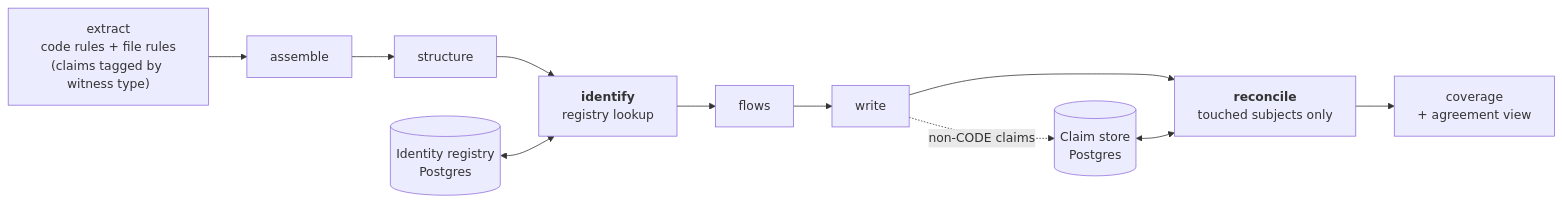
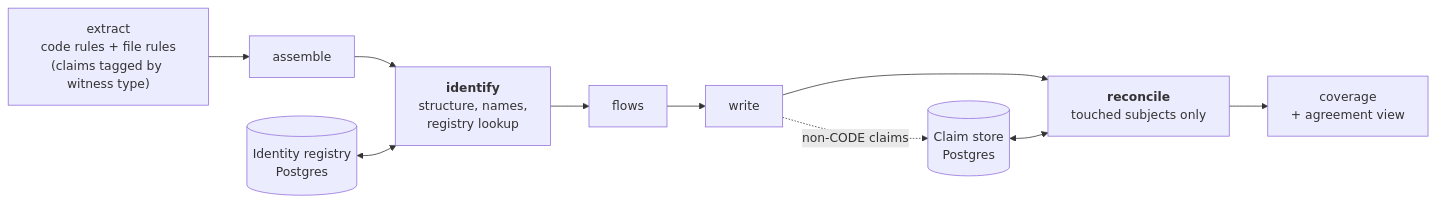
One commit to KBavis/steno changed the diagram in docs/how-it-works/ingestion/identify-and-reconcile.md. Above: the diagram before and after it, drawn with Mermaid. The commit also changed other lines of this file and 74 other files, not shown here.

````diff
--- a/docs/how-it-works/ingestion/identify-and-reconcile.md
+++ b/docs/how-it-works/ingestion/identify-and-reconcile.md
@@ -15,13 +13,12 @@
 ```mermaid
 flowchart LR
     X["extract<br/>code rules + file rules<br/>(claims tagged by witness type)"] --> A["assemble"]
-    A --> ST["structure"]
-    ST --> ID["<b>identify</b><br/>registry lookup"]
+    A --> ID["<b>identify</b><br/>structure, names,<br/>registry lookup"]
     ID --> FL["flows"]
     FL --> W["write"]
     W --> RC["<b>reconcile</b><br/>touched subjects only"]
     RC --> CV["coverage<br/>+ agreement view"]
     REG[("Identity registry<br/>Postgres")] <--> ID
     CS[("Claim store<br/>Postgres")] <--> RC
     W -. "non-CODE claims" .-> CS
 ```
````
